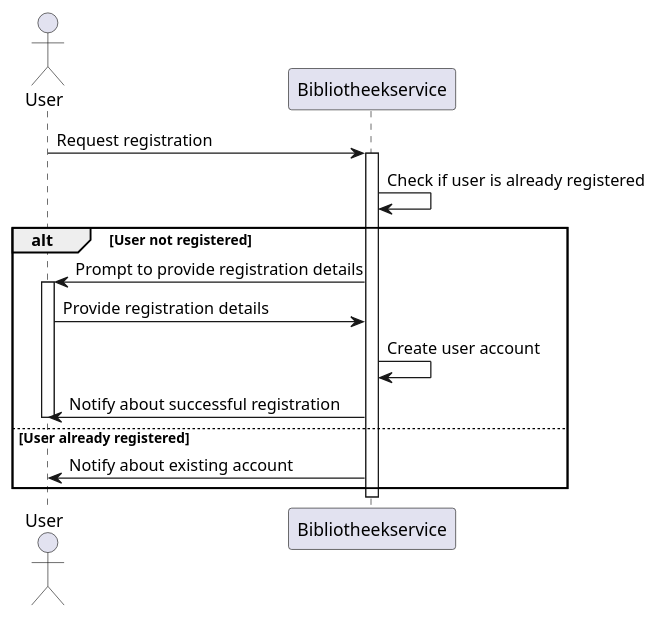
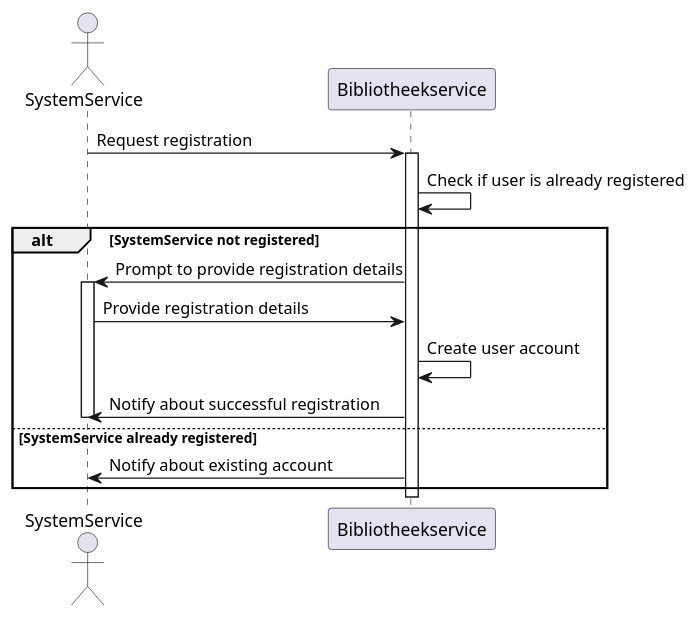
One commit to JananJavdan/BibliotheekSysteem changed the diagram in src/main/java/AnalyseLibrarySystem/SequenceUseCases/Libraryservice/RegistrationSequence.puml. Above: the diagram before and after it, drawn with PlantUML. The commit also changed 17 other files, not shown here.

```diff
--- a/src/main/java/AnalyseLibrarySystem/SequenceUseCases/Libraryservice/RegistrationSequence.puml
+++ b/src/main/java/AnalyseLibrarySystem/SequenceUseCases/Libraryservice/RegistrationSequence.puml
@@ -1,19 +1,19 @@
 @startuml
-actor User
+actor SystemService
 participant "Bibliotheekservice" as BibService
 
-User -> BibService: Request registration
+SystemService -> BibService: Request registration
 activate BibService
 BibService -> BibService: Check if user is already registered
-alt User not registered
-  BibService -> User: Prompt to provide registration details
-  activate User
-  User -> BibService: Provide registration details
+alt SystemService not registered
+  BibService -> SystemService: Prompt to provide registration details
+  activate SystemService
+  SystemService -> BibService: Provide registration details
   BibService -> BibService: Create user account
-  BibService -> User: Notify about successful registration
-  deactivate User
-else User already registered
-  BibService -> User: Notify about existing account
+  BibService -> SystemService: Notify about successful registration
+  deactivate SystemService
+else SystemService already registered
+  BibService -> SystemService: Notify about existing account
 end
 deactivate BibService
 @enduml
```
